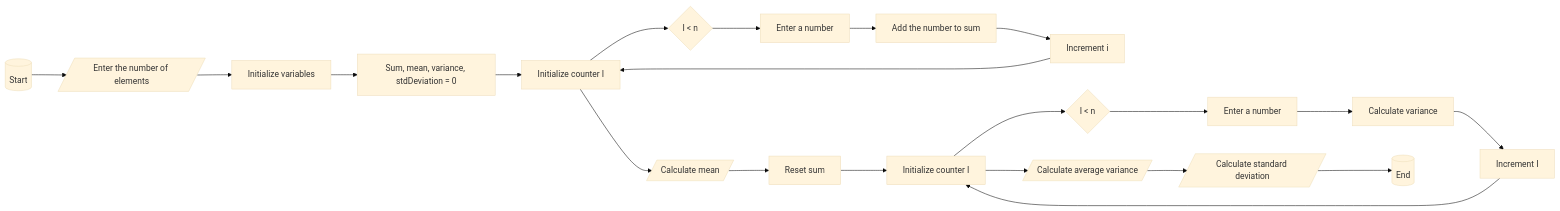
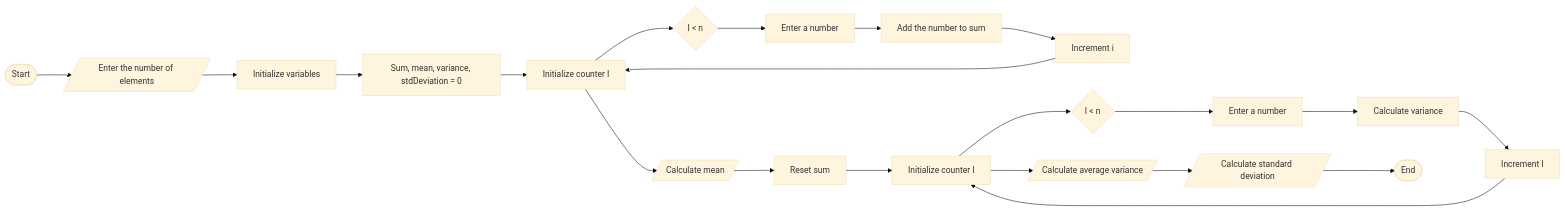
One commit to SWEG-2015EC-Batch/Mr-Robot changed the diagram in ETS1152_15_Robel_Ermiyas/ACTIVITY 4.1/CODE.md. Above: the diagram before and after it, drawn with Mermaid (base theme).

````diff
--- a/ETS1152_15_Robel_Ermiyas/ACTIVITY 4.1/CODE.md
+++ b/ETS1152_15_Robel_Ermiyas/ACTIVITY 4.1/CODE.md
@@ -49,23 +49,23 @@
  ```mermaid 
 graph LR
-A[(Start)] --> B[/Enter the number of elements/]
+A([Start]) --> B[/Enter the number of elements/]
 B --> C[Initialize variables]
 C --> D[Sum, mean, variance, stdDeviation = 0]
 D --> E[Initialize counter I]
 E --> F{I < n}
 F --> G[Enter a number]
 G --> H[Add the number to sum]
 H --> I[Increment i]
 I --> E
 E --> J[/Calculate mean/]
 J --> K[Reset sum]
 K --> L[Initialize counter I]
 L --> M{I < n}
 M --> N[Enter a number]
 N --> O[Calculate variance]
 O --> P[Increment I]
 P --> L
 L --> Q[/Calculate average variance/]
 Q --> R[/Calculate standard deviation/]
-R --> S[(End)]
+R --> S([End])
 ```
````
